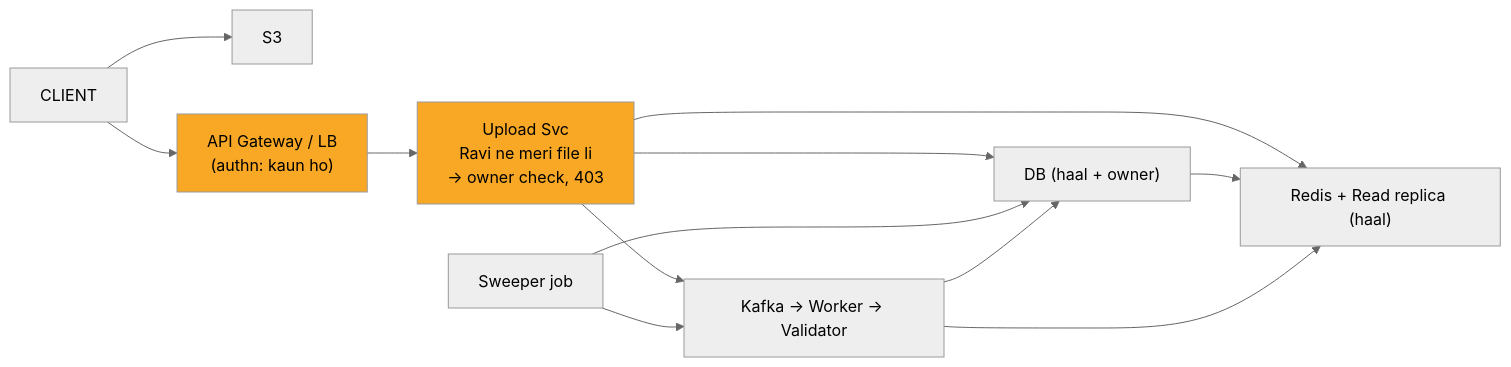
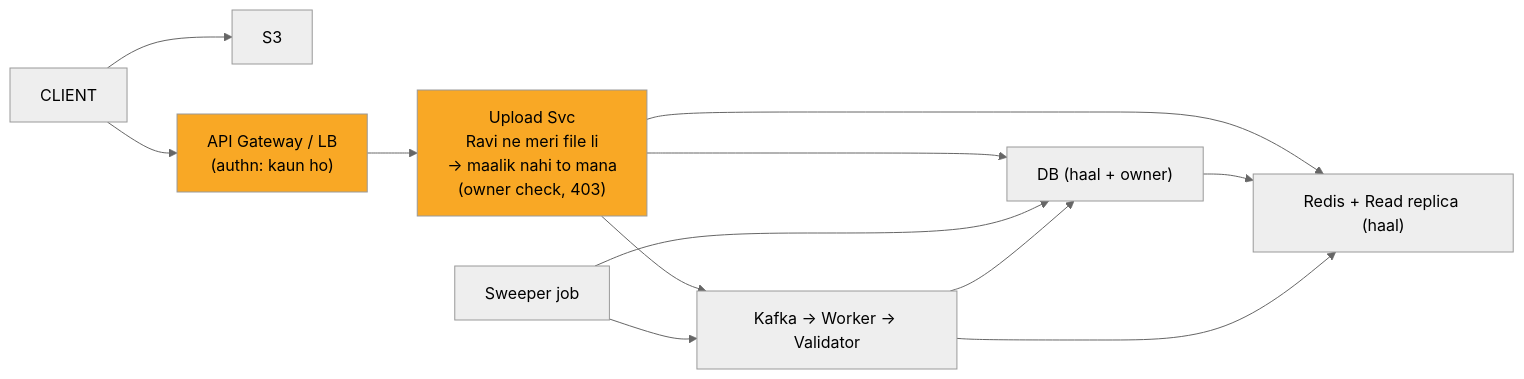
The eighth of 11 diagrams in 04_HLD/SYSTEM_DESIGNS/07_file_upload_validate_system/07_file_upload_INTERVIEW.md (ArpanMaheshwari144/Prep), drawn with Mermaid (neutral theme) before and after one commit. The commit also changed other lines of this file and 13 other files, not shown here.

````diff
--- a/04_HLD/SYSTEM_DESIGNS/07_file_upload_validate_system/07_file_upload_INTERVIEW.md
+++ b/04_HLD/SYSTEM_DESIGNS/07_file_upload_validate_system/07_file_upload_INTERVIEW.md
@@ -305,24 +305,24 @@
 ```mermaid
 flowchart LR
     n_CLIENT["CLIENT"]
     n_S3["S3"]
     n_API_Gateway_LB["API Gateway / LB<br/>(authn: kaun ho)"]
-    n_Upload_Svc["Upload Svc<br/>Ravi ne meri file li<br/>-> owner check, 403"]
+    n_Upload_Svc["Upload Svc<br/>Ravi ne meri file li<br/>-> maalik nahi to mana<br/>(owner check, 403)"]
     n_RC["Redis + Read replica (haal)"]
     n_DB["DB (haal + owner)"]
     n_Sweeper_job["Sweeper job"]
     n_CHAIN["Kafka -> Worker -> Validator"]
     n_CLIENT --> n_S3
     n_CLIENT --> n_API_Gateway_LB
     n_API_Gateway_LB --> n_Upload_Svc
     n_Upload_Svc --> n_RC
     n_Upload_Svc --> n_DB
     n_DB --> n_RC
     n_Upload_Svc --> n_CHAIN
     n_Sweeper_job --> n_DB
     n_Sweeper_job --> n_CHAIN
     n_CHAIN --> n_DB
     n_CHAIN --> n_RC
     style n_API_Gateway_LB fill:#f9a825,color:#000
     style n_Upload_Svc fill:#f9a825,color:#000
 ```
````
